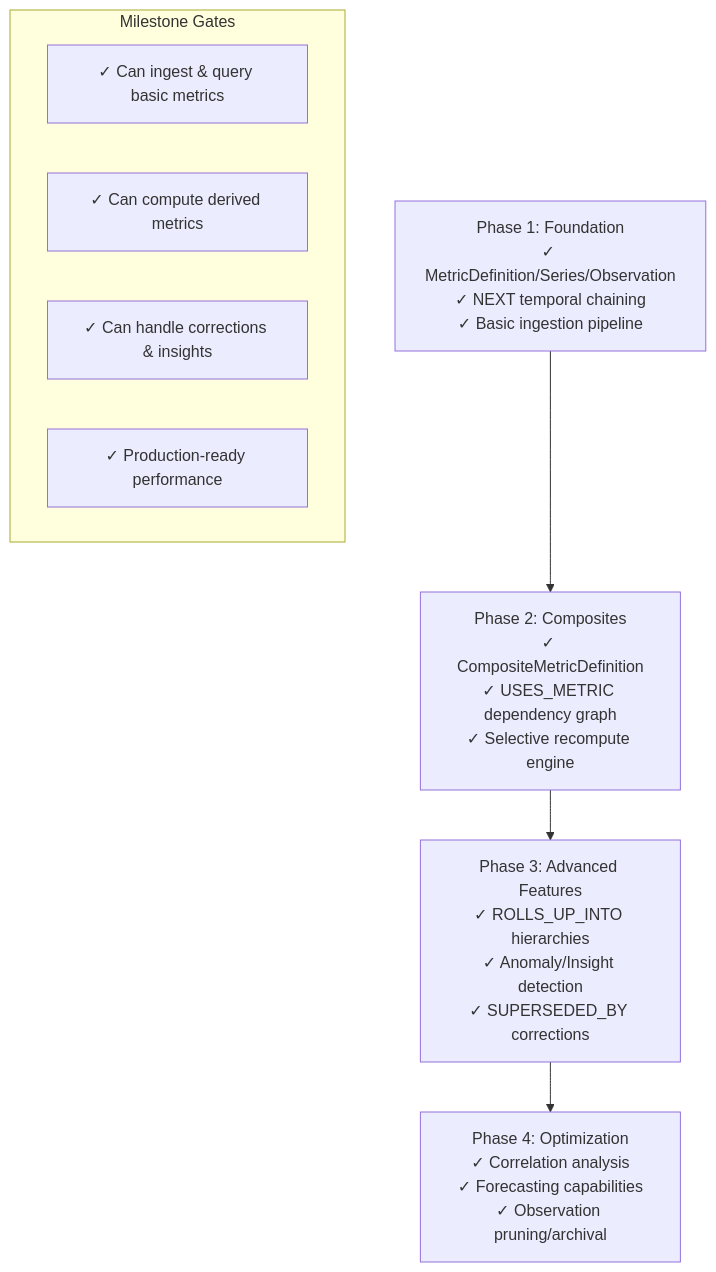
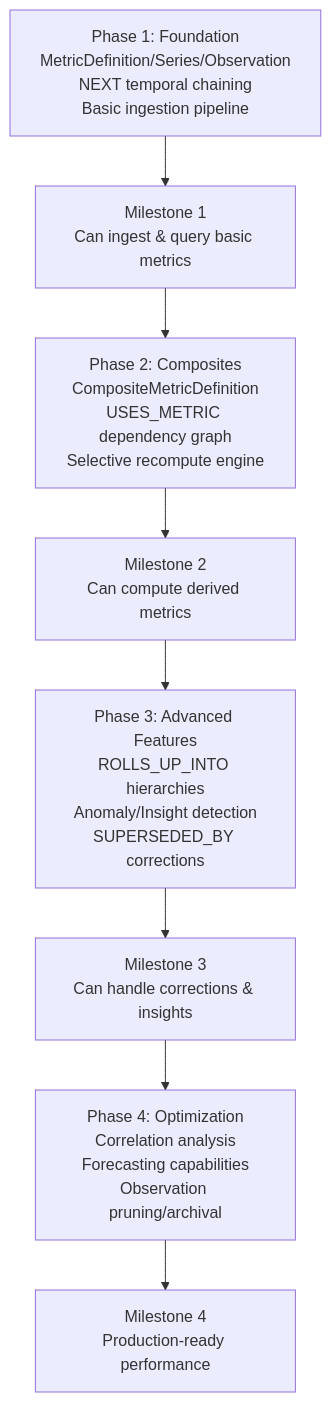
The seventh of 14 diagrams in docs/understanding_layer_design.md (maxshuang/graphiti), drawn with Mermaid before and after one commit. The commit also changed other lines of this file, not shown here.

Commit message:
feat: Update implementation phasing and enhance mermaid diagrams for clarity and detail

````diff
--- a/docs/understanding_layer_design.md
+++ b/docs/understanding_layer_design.md
@@ -301,21 +301,23 @@
 ```mermaid
-graph TD
-  P1[Phase 1: Foundation<br/>✓ MetricDefinition/Series/Observation<br/>✓ NEXT temporal chaining<br/>✓ Basic ingestion pipeline]
+flowchart TD
+  P1[Phase 1: Foundation<br/>MetricDefinition/Series/Observation<br/>NEXT temporal chaining<br/>Basic ingestion pipeline]
   
-  P2[Phase 2: Composites<br/>✓ CompositeMetricDefinition<br/>✓ USES_METRIC dependency graph<br/>✓ Selective recompute engine]
+  P2[Phase 2: Composites<br/>CompositeMetricDefinition<br/>USES_METRIC dependency graph<br/>Selective recompute engine]
   
-  P3[Phase 3: Advanced Features<br/>✓ ROLLS_UP_INTO hierarchies<br/>✓ Anomaly/Insight detection<br/>✓ SUPERSEDED_BY corrections]
+  P3[Phase 3: Advanced Features<br/>ROLLS_UP_INTO hierarchies<br/>Anomaly/Insight detection<br/>SUPERSEDED_BY corrections]
   
-  P4[Phase 4: Optimization<br/>✓ Correlation analysis<br/>✓ Forecasting capabilities<br/>✓ Observation pruning/archival]
+  P4[Phase 4: Optimization<br/>Correlation analysis<br/>Forecasting capabilities<br/>Observation pruning/archival]
   
-  P1 --> P2
-  P2 --> P3
-  P3 --> P4
+  M1[Milestone 1<br/>Can ingest & query basic metrics]
+  M2[Milestone 2<br/>Can compute derived metrics]
+  M3[Milestone 3<br/>Can handle corrections & insights]
+  M4[Milestone 4<br/>Production-ready performance]
   
-  subgraph "Milestone Gates"
-    M1[✓ Can ingest & query basic metrics]
-    M2[✓ Can compute derived metrics]
-    M3[✓ Can handle corrections & insights]
-    M4[✓ Production-ready performance]
-  end
+  P1 --> M1
+  M1 --> P2
+  P2 --> M2
+  M2 --> P3
+  P3 --> M3
+  M3 --> P4
+  P4 --> M4
 ```
````
